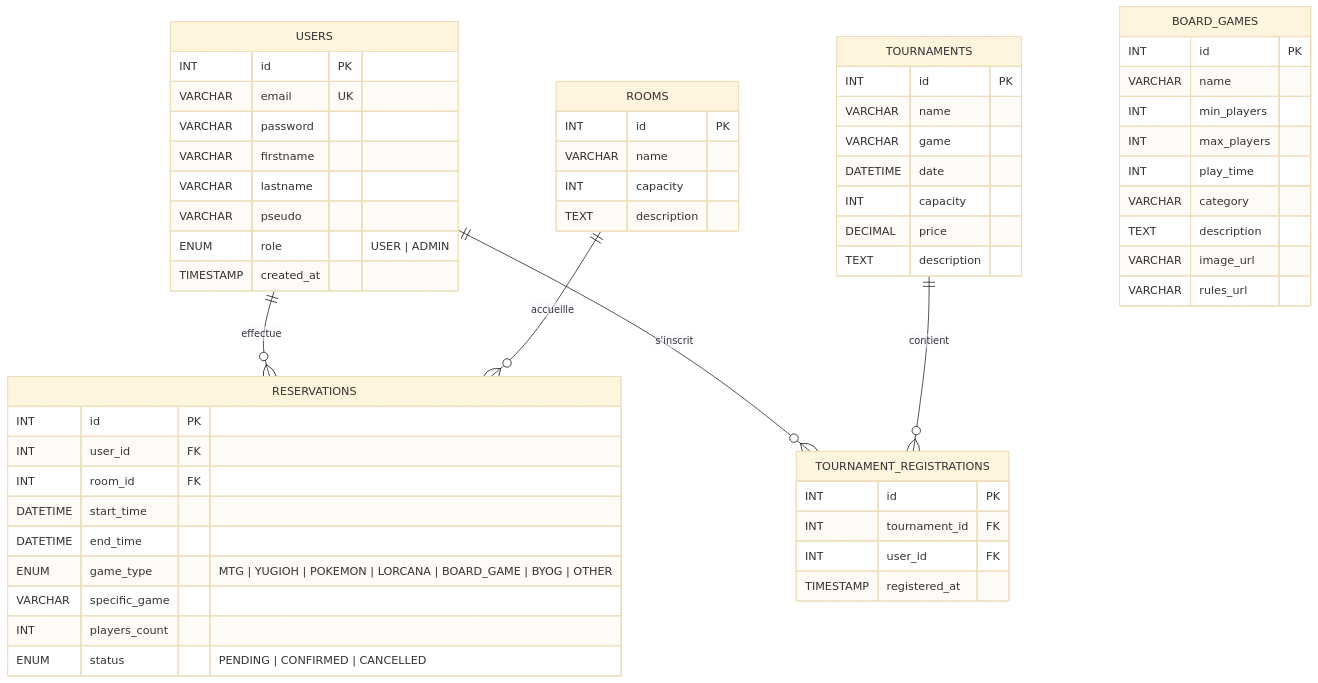
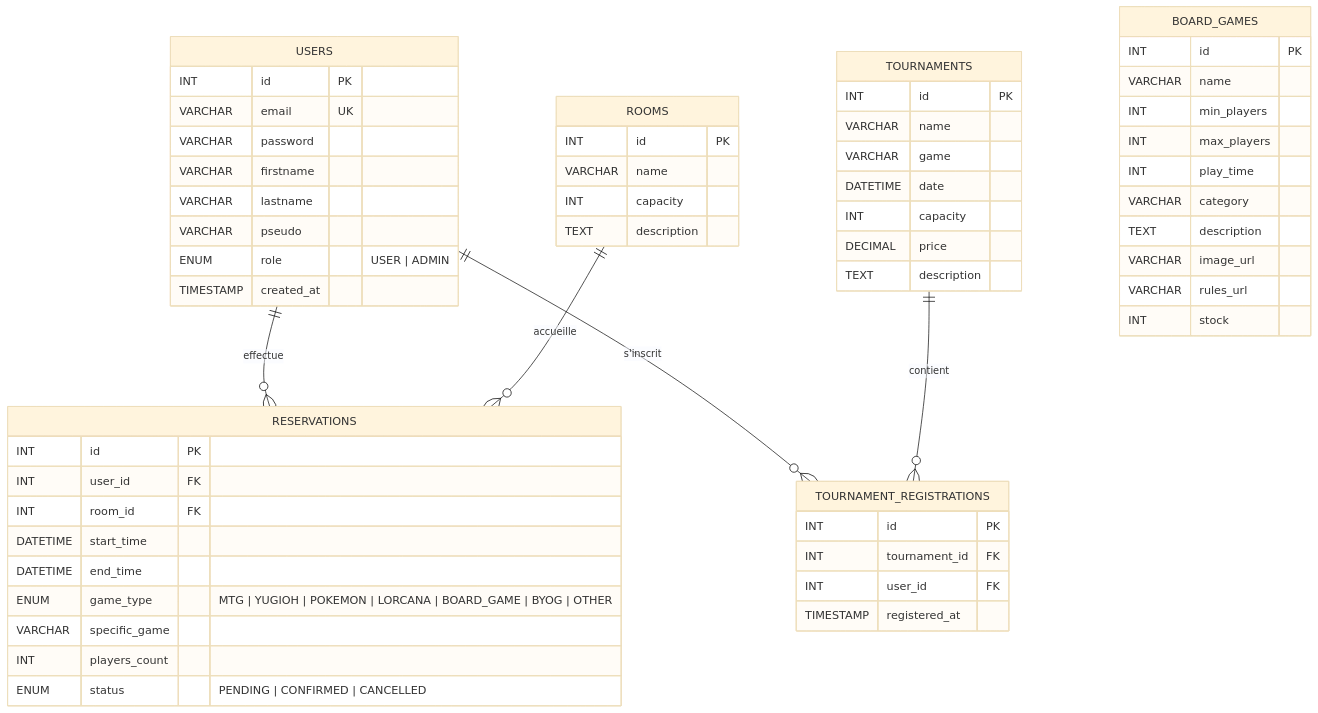
One commit to olivier-parraud/Cicadas2 changed the diagram in Conception.md. Above: the diagram before and after it, drawn with Mermaid (base theme). The commit also changed other lines of this file and 2 other files, not shown here.

Commit message:
feat: implement board game inventory management, admin stock controls, and UI enhancements

````diff
--- a/Conception.md
+++ b/Conception.md
@@ -227,66 +227,67 @@
 ```mermaid
 erDiagram
     USERS ||--o{ RESERVATIONS : "effectue"
     USERS ||--o{ TOURNAMENT_REGISTRATIONS : "s'inscrit"
     ROOMS ||--o{ RESERVATIONS : "accueille"
     TOURNAMENTS ||--o{ TOURNAMENT_REGISTRATIONS : "contient"
     
     USERS {
         INT id PK
         VARCHAR email UK
         VARCHAR password
         VARCHAR firstname
         VARCHAR lastname
         VARCHAR pseudo
         ENUM role "USER | ADMIN"
         TIMESTAMP created_at
     }
     
     ROOMS {
         INT id PK
         VARCHAR name
         INT capacity
         TEXT description
     }
     
     RESERVATIONS {
         INT id PK
         INT user_id FK
         INT room_id FK
         DATETIME start_time
         DATETIME end_time
         ENUM game_type "MTG | YUGIOH | POKEMON | LORCANA | BOARD_GAME | BYOG | OTHER"
         VARCHAR specific_game
         INT players_count
         ENUM status "PENDING | CONFIRMED | CANCELLED"
     }
     
     TOURNAMENTS {
         INT id PK
         VARCHAR name
         VARCHAR game
         DATETIME date
         INT capacity
         DECIMAL price
         TEXT description
     }
     
     TOURNAMENT_REGISTRATIONS {
         INT id PK
         INT tournament_id FK
         INT user_id FK
         TIMESTAMP registered_at
     }
     
     BOARD_GAMES {
         INT id PK
         VARCHAR name
         INT min_players
         INT max_players
         INT play_time
         VARCHAR category
         TEXT description
         VARCHAR image_url
         VARCHAR rules_url
+        INT stock
     }
 ```
````
